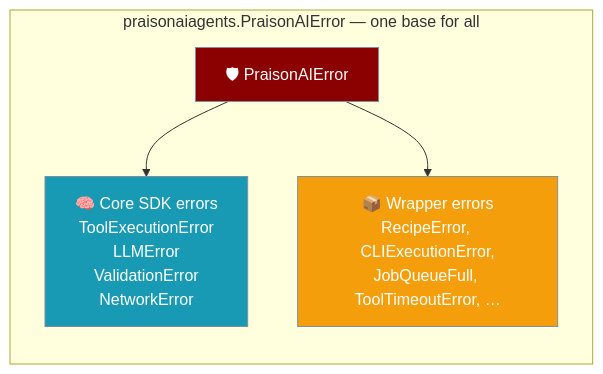
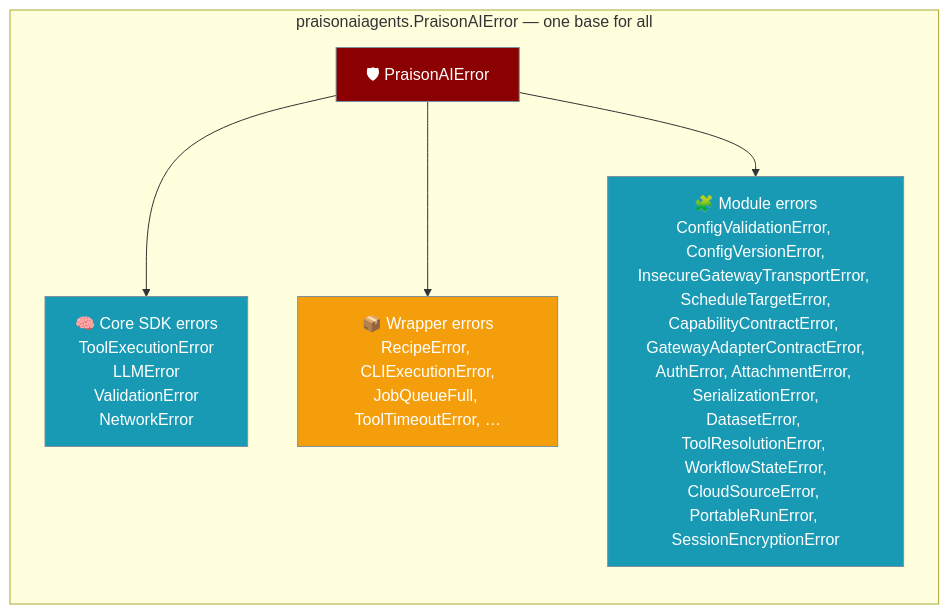
One commit to MervinPraison/PraisonAIDocs changed the first of 4 diagrams in docs/features/error-handling.mdx. Above: the diagram before and after it, drawn with Mermaid. The commit also changed other lines of this file and 5 other files, not shown here.

Commit message:
fix: document PraisonAI #6593 error hierarchy, checkpoint git isolation, telemetry env defaults, include() resolution (fixes #4967)

````diff
--- a/docs/features/error-handling.mdx
+++ b/docs/features/error-handling.mdx
@@ -23,16 +23,18 @@
 ```mermaid
 graph LR
     subgraph "praisonaiagents.PraisonAIError — one base for all"
         Base[🛡 PraisonAIError]
         Base --> Core[🧠 Core SDK errors<br/>ToolExecutionError<br/>LLMError<br/>ValidationError<br/>NetworkError]
         Base --> Wrap[📦 Wrapper errors<br/>RecipeError, CLIExecutionError,<br/>JobQueueFull, ToolTimeoutError, …]
+        Base --> Mod[🧩 Module errors<br/>ConfigValidationError, ConfigVersionError,<br/>InsecureGatewayTransportError, ScheduleTargetError,<br/>CapabilityContractError, GatewayAdapterContractError,<br/>AuthError, AttachmentError, SerializationError,<br/>DatasetError, ToolResolutionError, WorkflowStateError,<br/>CloudSourceError, PortableRunError, SessionEncryptionError]
     end
 
     classDef base fill:#8B0000,stroke:#7C90A0,color:#fff
     classDef core fill:#189AB4,stroke:#7C90A0,color:#fff
     classDef wrap fill:#F59E0B,stroke:#7C90A0,color:#fff
 
     class Base base
     class Core core
     class Wrap wrap
+    class Mod core
 ```
````
